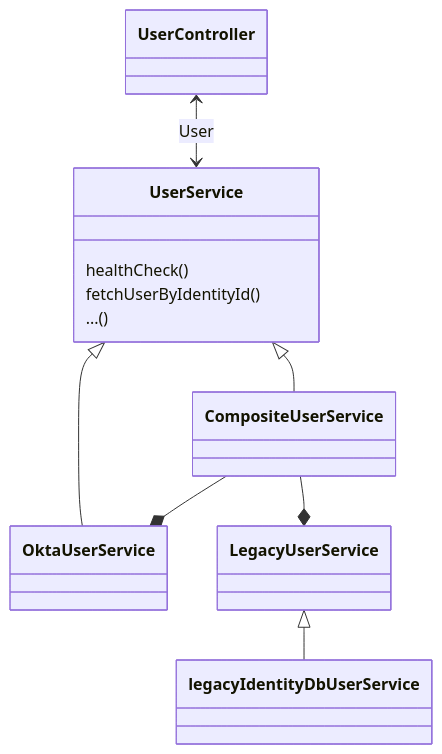
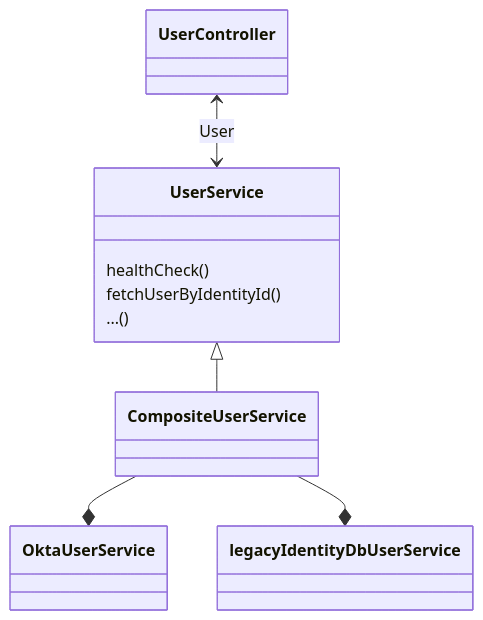
One commit to guardian/gatehouse changed the diagram in README.md. Above: the diagram before and after it, drawn with Mermaid.

Commit message:
Update readme diagram

````diff
--- a/README.md
+++ b/README.md
@@ -12,20 +12,17 @@
 ```mermaid
 classDiagram
     class UserController
     class UserService
     class CompositeUserService
     class OktaUserService
-    class LegacyUserService
     class legacyIdentityDbUserService
 
     UserController <--> UserService: User
     UserService <|-- CompositeUserService
-    UserService <|-- OktaUserService
-    LegacyUserService <|-- legacyIdentityDbUserService
     CompositeUserService --* OktaUserService
-    CompositeUserService --* LegacyUserService
+    CompositeUserService --* legacyIdentityDbUserService
 
     UserService: healthCheck()
     UserService: fetchUserByIdentityId()
     UserService: ...()
 ```
````
